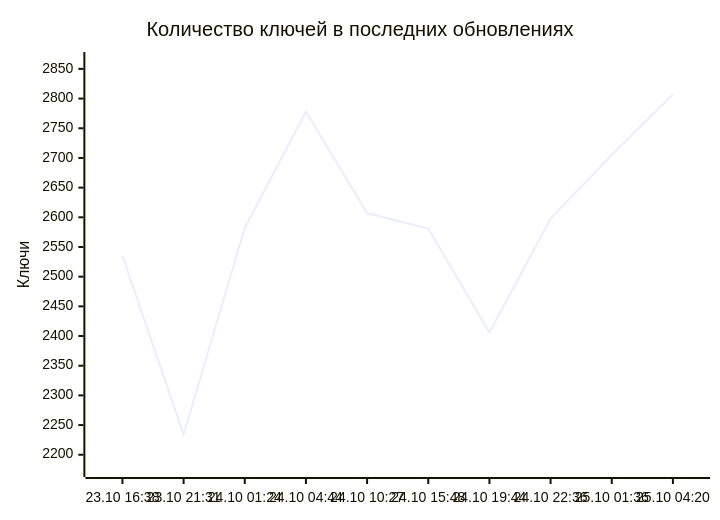
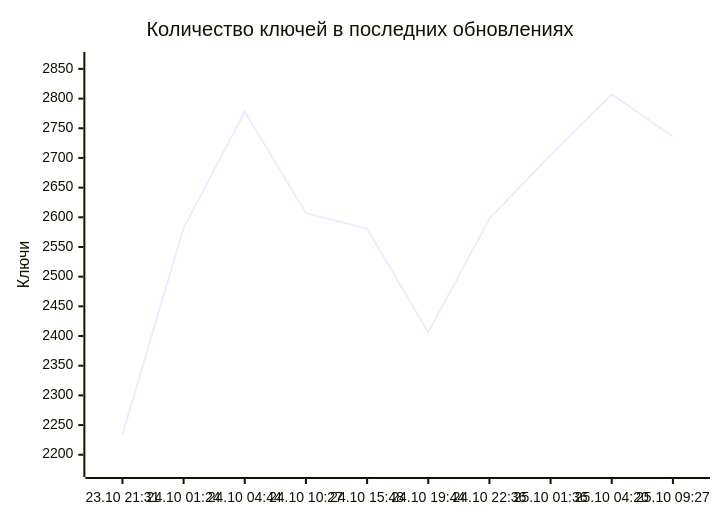
The diagram in README.md (markKikhtenko/WireVeil), drawn with Mermaid before and after one commit. The commit also changed other lines of this file and 12 other files, not shown here.

````diff
--- a/README.md
+++ b/README.md
@@ -55,7 +55,7 @@
 ```mermaid
 xychart-beta
     title "Количество ключей в последних обновлениях"
-    x-axis ["23.10 16:38", "23.10 21:31", "24.10 01:24", "24.10 04:44", "24.10 10:27", "24.10 15:48", "24.10 19:44", "24.10 22:36", "25.10 01:36", "25.10 04:20"]
+    x-axis ["23.10 21:31", "24.10 01:24", "24.10 04:44", "24.10 10:27", "24.10 15:48", "24.10 19:44", "24.10 22:36", "25.10 01:36", "25.10 04:20", "25.10 09:27"]
     y-axis "Ключи" 2176 --> 2865
-    line [2535, 2234, 2582, 2778, 2607, 2581, 2406, 2598, 2705, 2807]
+    line [2234, 2582, 2778, 2607, 2581, 2406, 2598, 2705, 2807, 2736]
 ```
````
